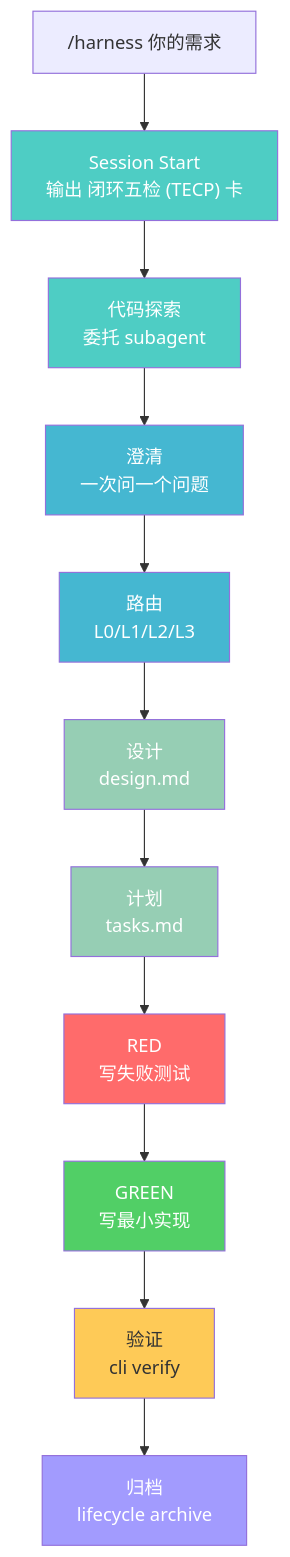
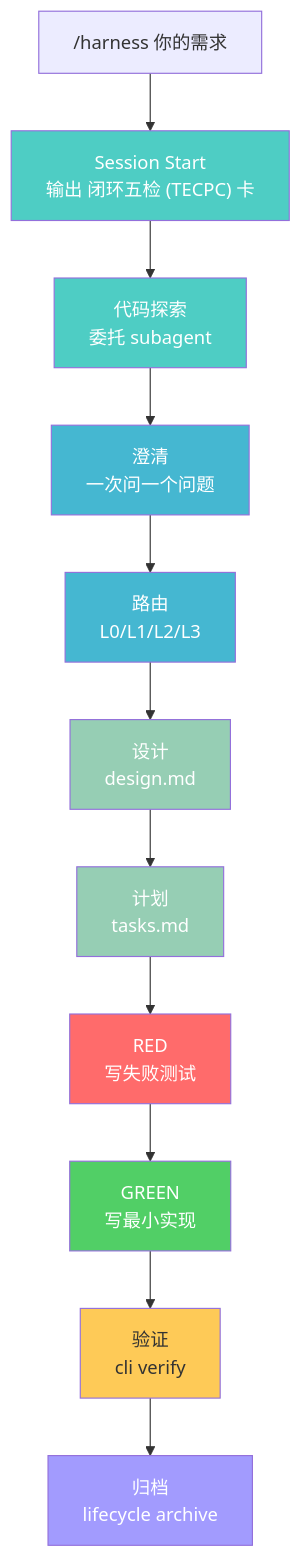
Before and after one commit to Emtemf/enterprise-harness: the diagram in README.md, drawn with Mermaid. The commit also changed other lines of this file and 23 other files, not shown here.

Commit message:
fix: full audit cleanup — lifecycle.mjs SyntaxError, TECPC naming, AGENTS.md governed paths, smoke test fixes, harness skill re-additions

````diff
--- a/README.md
+++ b/README.md
@@ -21,24 +21,24 @@
 ```mermaid
 graph TD
-    U["/harness 你的需求"] --> S["Session Start<br/>输出 闭环五检 (TECP) 卡"]
+    U["/harness 你的需求"] --> S["Session Start<br/>输出 闭环五检 (TECPC) 卡"]
     S --> E["代码探索<br/>委托 subagent"]
     E --> C["澄清<br/>一次问一个问题"]
     C --> R["路由<br/>L0/L1/L2/L3"]
     R --> D["设计<br/>design.md"]
     D --> T["计划<br/>tasks.md"]
     T --> RED["RED<br/>写失败测试"]
     RED --> GREEN["GREEN<br/>写最小实现"]
     GREEN --> V["验证<br/>cli verify"]
     V --> A["归档<br/>lifecycle archive"]
 
     style S fill:#4ecdc4,color:#fff
     style E fill:#4ecdc4,color:#fff
     style C fill:#45b7d1,color:#fff
     style R fill:#45b7d1,color:#fff
     style D fill:#96ceb4,color:#fff
     style T fill:#96ceb4,color:#fff
     style RED fill:#ff6b6b,color:#fff
     style GREEN fill:#51cf66,color:#fff
     style V fill:#feca57,color:#333
     style A fill:#a29bfe,color:#fff
 ```
````
